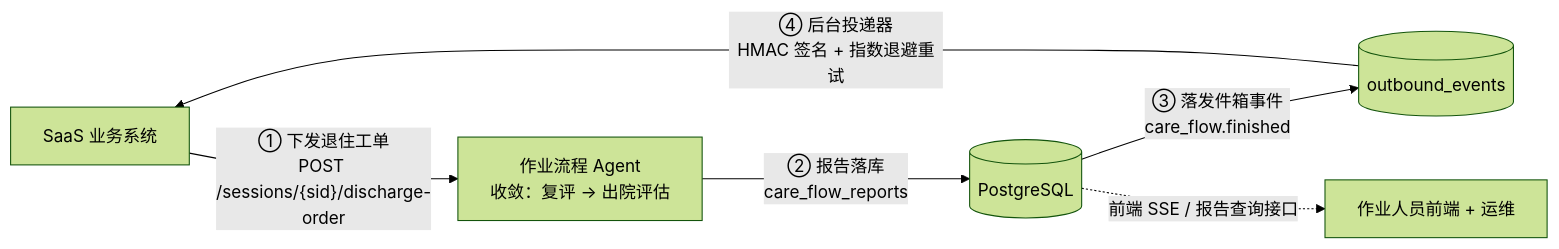
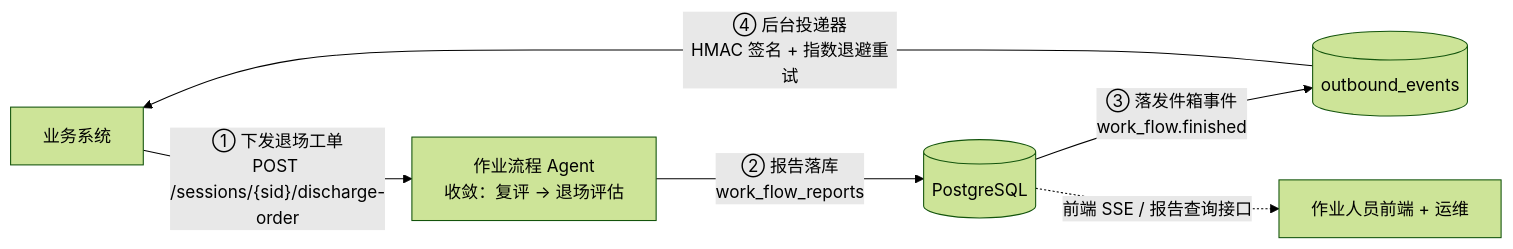
The tenth of 13 diagrams in 文档/架构流程图.md (sysyan321-alt/fieldops-agent), drawn with Mermaid (forest theme) before and after one commit. The commit also changed other lines of this file and 4 other files, not shown here.

First line of the commit message:
feat: 阶段⑤(2/2) 四份文档场景化与 MCP schema 重生成

````diff
--- a/文档/架构流程图.md
+++ b/文档/架构流程图.md
@@ -449,8 +449,8 @@
 ```mermaid
 flowchart LR
-    S["SaaS 业务系统"] -->|"① 下发退住工单<br/>POST /sessions/{sid}/discharge-order"| A["作业流程 Agent<br/>收敛：复评 → 出院评估"]
-    A -->|"② 报告落库<br/>care_flow_reports"| DB[("PostgreSQL")]
-    DB -->|"③ 落发件箱事件<br/>care_flow.finished"| Q[("outbound_events")]
+    S["业务系统"] -->|"① 下发退场工单<br/>POST /sessions/{sid}/discharge-order"| A["作业流程 Agent<br/>收敛：复评 → 退场评估"]
+    A -->|"② 报告落库<br/>work_flow_reports"| DB[("PostgreSQL")]
+    DB -->|"③ 落发件箱事件<br/>work_flow.finished"| Q[("outbound_events")]
     Q -->|"④ 后台投递器<br/>HMAC 签名 + 指数退避重试"| S
     DB -.->|"前端 SSE / 报告查询接口"| F["作业人员前端 + 运维"]
 ```
````
